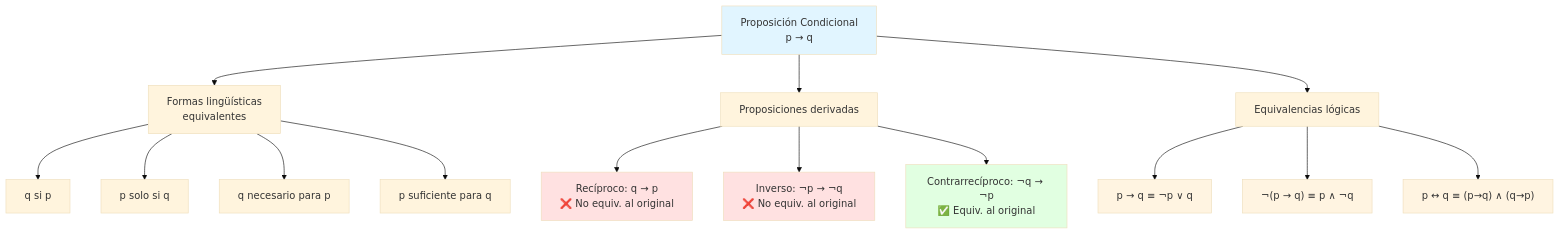
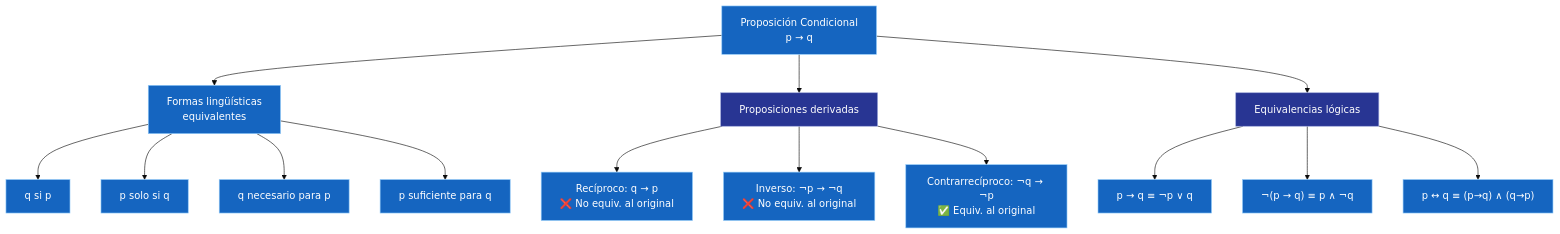
One commit to Fsteven22/Notas-ESPOL changed the first of 2 diagrams in src/site/notes/Universidad/3er Semestre/Matemáticas Discretas/Unidad 1 - Logica y Conjuntos/I - Lógica Proporcional/02 - Proposiciones Condicionales y Equivalencia Lógica.md. Above: the diagram before and after it, drawn with Mermaid (base theme). The commit also changed other lines of this file and 79 other files, not shown here.

````diff
--- a/src/site/notes/Universidad/3er Semestre/Matemáticas Discretas/Unidad 1 - Logica y Conjuntos/I - Lógica Proporcional/02 - Proposiciones Condicionales y Equivalencia Lógica.md
+++ b/src/site/notes/Universidad/3er Semestre/Matemáticas Discretas/Unidad 1 - Logica y Conjuntos/I - Lógica Proporcional/02 - Proposiciones Condicionales y Equivalencia Lógica.md
@@ -367,27 +367,34 @@
 ```mermaid
 graph TD
     A["Proposición Condicional<br/>p → q"] --> B["Formas lingüísticas<br/>equivalentes"]
     A --> C["Proposiciones derivadas"]
     A --> D["Equivalencias lógicas"]
 
     B --> B1["q si p"]
     B --> B2["p solo si q"]
     B --> B3["q necesario para p"]
     B --> B4["p suficiente para q"]
 
     C --> C1["Recíproco: q → p<br/>❌ No equiv. al original"]
     C --> C2["Inverso: ¬p → ¬q<br/>❌ No equiv. al original"]
     C --> C3["Contrarrecíproco: ¬q → ¬p<br/>✅ Equiv. al original"]
 
     D --> D1["p → q ≡ ¬p ∨ q"]
     D --> D2["¬(p → q) ≡ p ∧ ¬q"]
     D --> D3["p ↔ q ≡ (p→q) ∧ (q→p)"]
+    style A fill:#1565C0,color:#FFFFFF,stroke:#90CAF9,stroke-width:1px
+    style B fill:#1565C0,color:#FFFFFF,stroke:#90CAF9,stroke-width:1px
+    style B1 fill:#1565C0,color:#FFFFFF,stroke:#90CAF9,stroke-width:1px
+    style B2 fill:#1565C0,color:#FFFFFF,stroke:#90CAF9,stroke-width:1px
+    style B3 fill:#1565C0,color:#FFFFFF,stroke:#90CAF9,stroke-width:1px
+    style B4 fill:#1565C0,color:#FFFFFF,stroke:#90CAF9,stroke-width:1px
+    style C fill:#283593,color:#FFFFFF,stroke:#9FA8DA,stroke-width:1px
+    style C1 fill:#1565C0,color:#FFFFFF,stroke:#90CAF9,stroke-width:1px
+    style C2 fill:#1565C0,color:#FFFFFF,stroke:#90CAF9,stroke-width:1px
+    style C3 fill:#1565C0,color:#FFFFFF,stroke:#90CAF9,stroke-width:1px
+    style D fill:#283593,color:#FFFFFF,stroke:#9FA8DA,stroke-width:1px
+    style D1 fill:#1565C0,color:#FFFFFF,stroke:#90CAF9,stroke-width:1px
+    style D2 fill:#1565C0,color:#FFFFFF,stroke:#90CAF9,stroke-width:1px
+    style D3 fill:#1565C0,color:#FFFFFF,stroke:#90CAF9,stroke-width:1px
 
-    style A fill:#e1f5ff
-    style C1 fill:#ffe1e1
-    style C2 fill:#ffe1e1
-    style C3 fill:#e1ffe1
-    style D1 fill:#fff4e1
-    style D2 fill:#fff4e1
-    style D3 fill:#fff4e1
 ```
````
